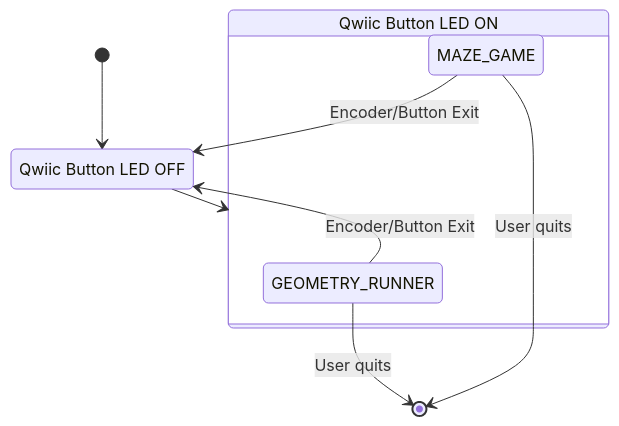
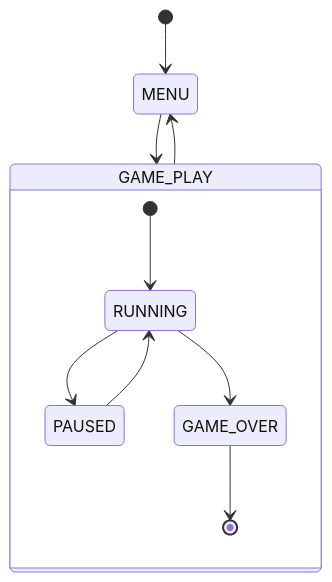
The diagram in Lab 4/README.md (ji227/Jesse-Iriah-s-Lab-Hub), drawn with Mermaid before and after one commit.

````diff
--- a/Lab 4/README.md
+++ b/Lab 4/README.md
@@ -180,21 +180,13 @@
 ```mermaid
 stateDiagram-v2
 	[*] --> MENU
-
-    MENU: Qwiic Button LED OFF
-
     MENU --> GAME_PLAY
-
     state GAME_PLAY {
-        GEOMETRY_RUNNER
-        MAZE_GAME
+        [*] --> RUNNING
+        RUNNING --> PAUSED
+        PAUSED --> RUNNING
+        RUNNING --> GAME_OVER
+        GAME_OVER --> [*]
     }
-
-    GAME_PLAY: Qwiic Button LED ON
-
-    GEOMETRY_RUNNER --> MENU: Encoder/Button Exit
-    MAZE_GAME --> MENU: Encoder/Button Exit
-
-    GEOMETRY_RUNNER --> [*]: User quits
-    MAZE_GAME --> [*]: User quits
+    GAME_PLAY --> MENU
 ```
````
